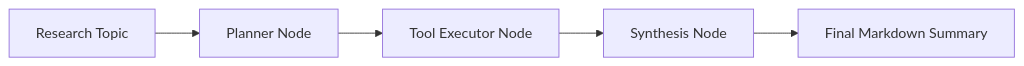
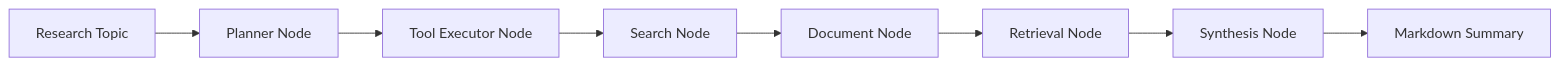
One commit to fanlingxi/AI-Research-Agent changed the first of 2 diagrams in docs/architecture.md. Above: the diagram before and after it, drawn with Mermaid. The commit also changed other lines of this file and 25 other files, not shown here.

Commit message:
implement research pipeline with search pdf parsing and vector retrieval

````diff
--- a/docs/architecture.md
+++ b/docs/architecture.md
@@ -20,7 +26,10 @@
 ```mermaid
 flowchart LR
     Q["Research Topic"] --> P["Planner Node"]
     P --> T["Tool Executor Node"]
-    T --> S["Synthesis Node"]
-    S --> END["Final Markdown Summary"]
+    T --> S["Search Node"]
+    S --> D["Document Node"]
+    D --> R["Retrieval Node"]
+    R --> W["Synthesis Node"]
+    W --> END["Markdown Summary"]
 ```
````
